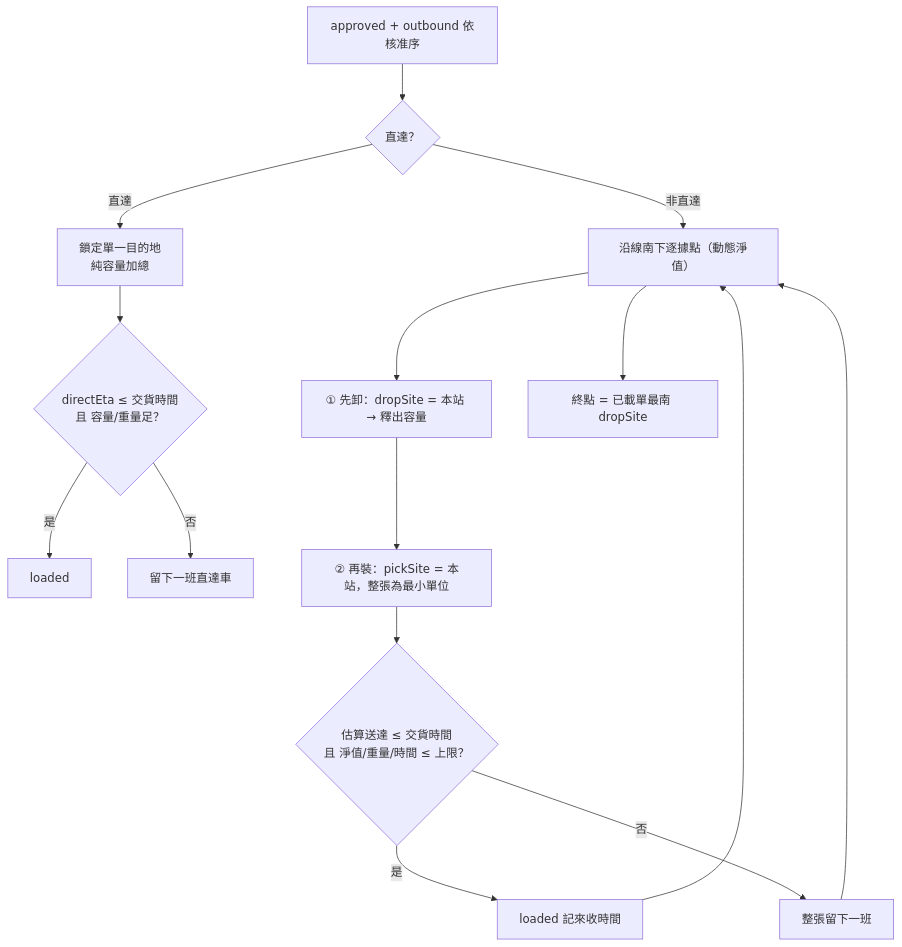
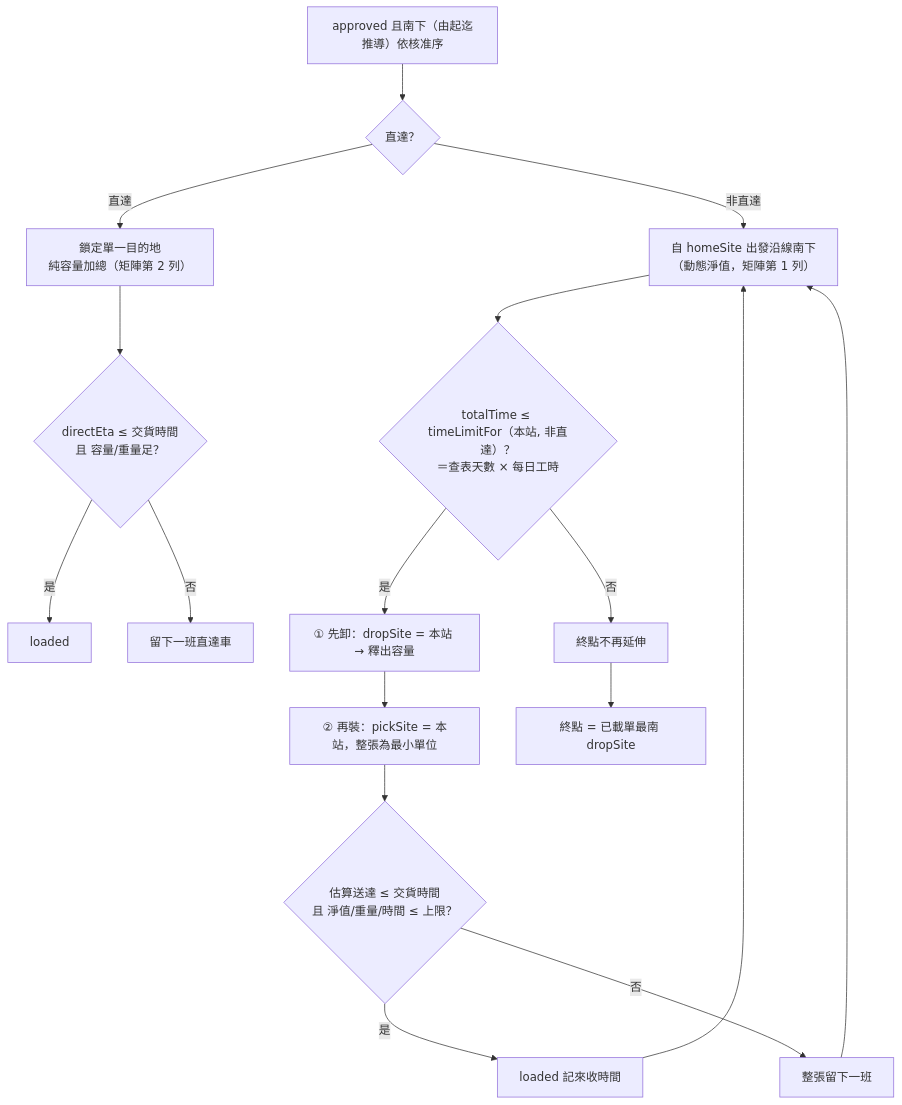
One commit to khcheng77/car-transport changed the third of 6 diagrams in docs/LOGIC.md. Above: the diagram before and after it, drawn with Mermaid. The commit also changed other lines of this file and 8 other files, not shown here.

````diff
--- a/docs/LOGIC.md
+++ b/docs/LOGIC.md
@@ -241,17 +273,19 @@
 ```mermaid
 flowchart TD
-  P["approved + outbound 依核准序"] --> M{"直達？"}
-  M -- 直達 --> D1["鎖定單一目的地<br/>純容量加總"]
+  P["approved 且南下（由起迄推導）依核准序"] --> M{"直達？"}
+  M -- 直達 --> D1["鎖定單一目的地<br/>純容量加總（矩陣第 2 列）"]
   D1 --> DC{"directEta ≤ 交貨時間<br/>且 容量/重量足？"}
   DC -- 是 --> DL["loaded"]
   DC -- 否 --> DP["留下一班直達車"]
-  M -- 非直達 --> G["沿線南下逐據點（動態淨值）"]
-  G --> U["① 先卸：dropSite = 本站 → 釋出容量"]
+  M -- 非直達 --> G["自 homeSite 出發沿線南下<br/>（動態淨值，矩陣第 1 列）"]
+  G --> TL{"totalTime ≤ timeLimitFor（本站, 非直達）？<br/>＝查表天數 × 每日工時"}
+  TL -- 否 --> E["終點不再延伸"]
+  TL -- 是 --> U["① 先卸：dropSite = 本站 → 釋出容量"]
   U --> L["② 再裝：pickSite = 本站，整張為最小單位"]
   L --> LC{"估算送達 ≤ 交貨時間<br/>且 淨值/重量/時間 ≤ 上限？"}
   LC -- 是 --> LL["loaded 記來收時間"]
   LC -- 否 --> LP["整張留下一班"]
   LL --> G
   LP --> G
-  G --> E["終點 = 已載單最南 dropSite"]
+  E --> EP["終點 = 已載單最南 dropSite"]
 ```
````
